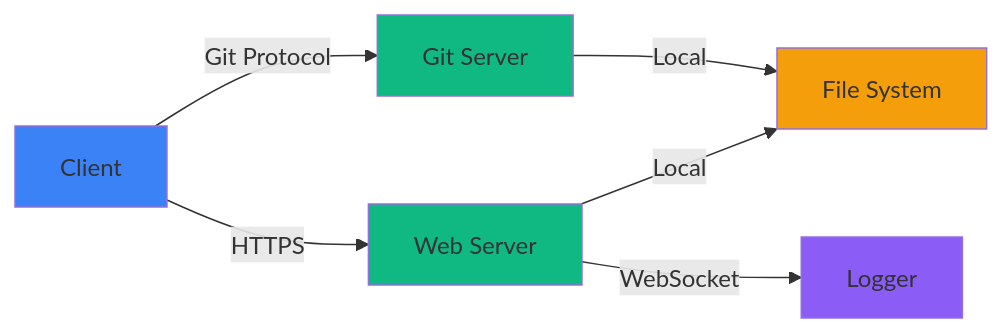
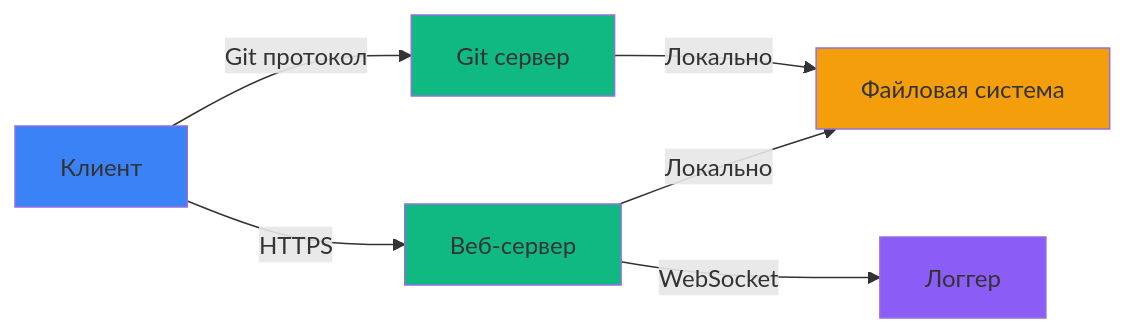
Before and after one commit to WhiteBite/LocalGitMirror: the fifth of 5 diagrams in docs/ARCHITECTURE.md, drawn with Mermaid. The commit also changed other lines of this file and 132 other files, not shown here.

````diff
--- a/docs/ARCHITECTURE.md
+++ b/docs/ARCHITECTURE.md
@@ -436,14 +437,14 @@
 ```mermaid
 graph LR
-    A[Client] -->|HTTPS| B[Web Server]
-    A -->|Git Protocol| C[Git Server]
-    B -->|Local| D[File System]
-    C -->|Local| D
-    B -->|WebSocket| E[Logger]
+    A[Клиент] -->|HTTPS| B[Веб-сервер]
+    A -->|Git протокол| C[Git сервер]
+    B -->|Локально| D[Файловая система]
+    C -->|Локально| D
+    B -->|WebSocket| E[Логгер]
     
     style A fill:#3b82f6
     style B fill:#10b981
     style C fill:#10b981
     style D fill:#f59e0b
     style E fill:#8b5cf6
 ```
````
